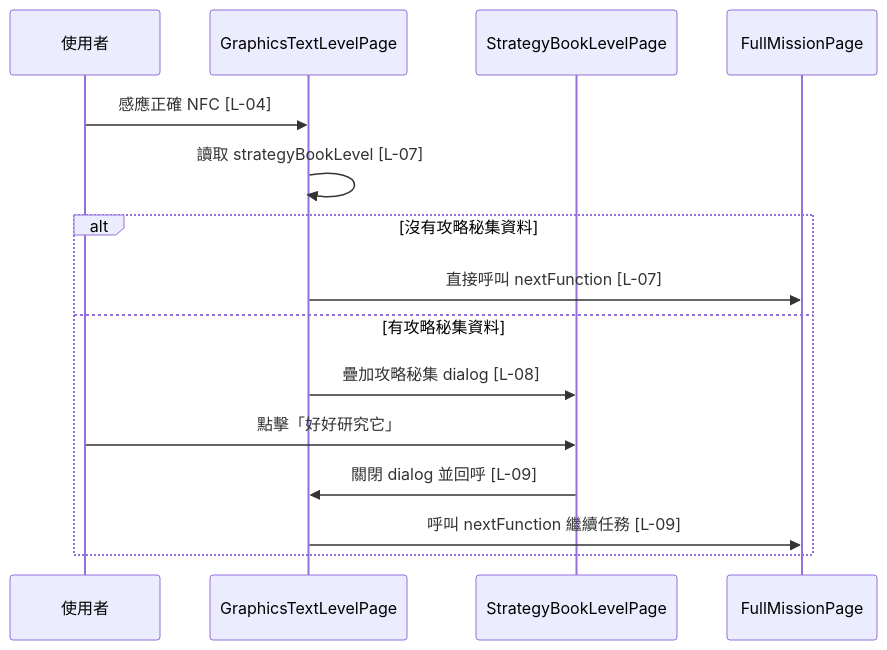
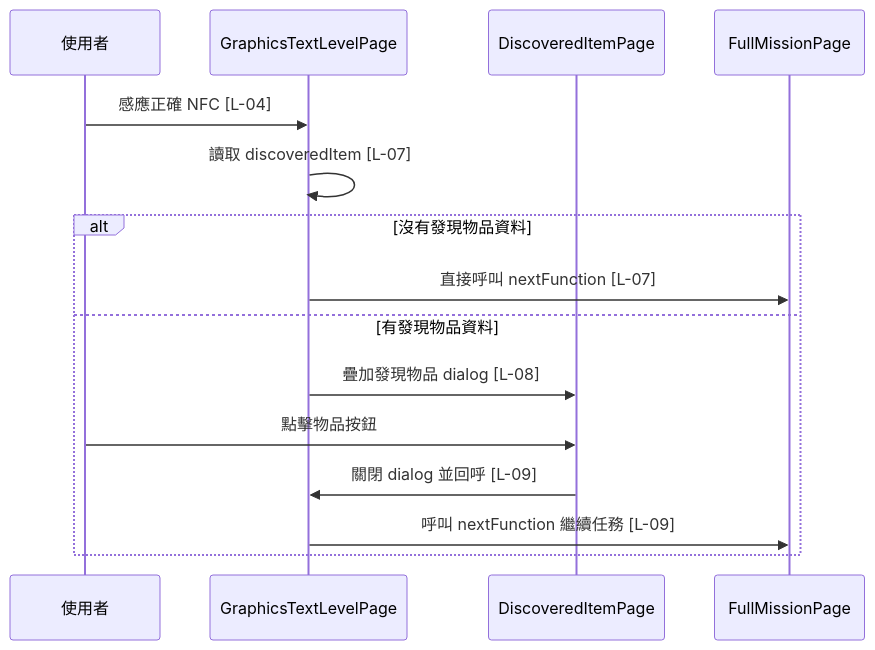
Before and after one commit to Henry-120/Campus-tour: the diagram in campus_tour/test/testMd/graphics_text_level_page.md, drawn with Mermaid. The commit also changed other lines of this file and 19 other files, not shown here.

````diff
--- a/campus_tour/test/testMd/graphics_text_level_page.md
+++ b/campus_tour/test/testMd/graphics_text_level_page.md
@@ -182,18 +182,18 @@
 ```mermaid
 sequenceDiagram
   participant User as 使用者
   participant Page as GraphicsTextLevelPage
-  participant Strategy as StrategyBookLevelPage
+  participant Item as DiscoveredItemPage
   participant FullMission as FullMissionPage
 
   User->>Page: 感應正確 NFC [L-04]
-  Page->>Page: 讀取 strategyBookLevel [L-07]
-  alt 沒有攻略秘集資料
+  Page->>Page: 讀取 discoveredItem [L-07]
+  alt 沒有發現物品資料
     Page->>FullMission: 直接呼叫 nextFunction [L-07]
-  else 有攻略秘集資料
-    Page->>Strategy: 疊加攻略秘集 dialog [L-08]
-    User->>Strategy: 點擊「好好研究它」
-    Strategy->>Page: 關閉 dialog 並回呼 [L-09]
+  else 有發現物品資料
+    Page->>Item: 疊加發現物品 dialog [L-08]
+    User->>Item: 點擊物品按鈕
+    Item->>Page: 關閉 dialog 並回呼 [L-09]
     Page->>FullMission: 呼叫 nextFunction 繼續任務 [L-09]
   end
 ```
````
